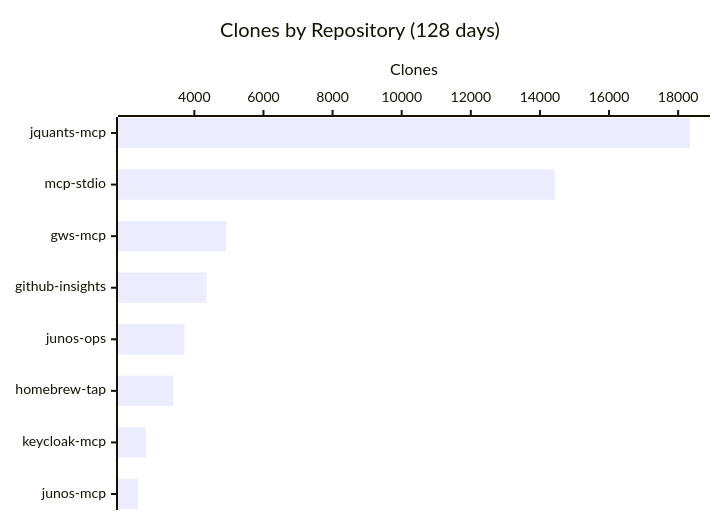
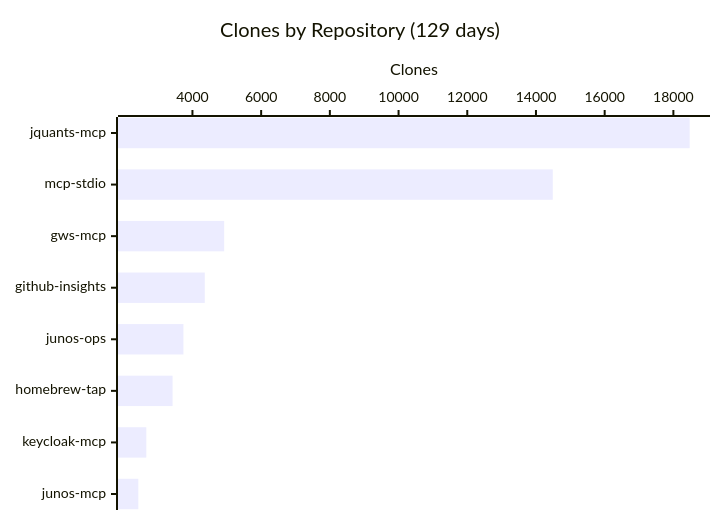
One commit to shigechika/github-insights changed the fourth of 4 diagrams in README.md. Above: the diagram before and after it, drawn with Mermaid. The commit also changed other lines of this file and 2 other files, not shown here.

````diff
--- a/README.md
+++ b/README.md
@@ -58,7 +58,7 @@
 ```mermaid
 xychart-beta horizontal
-    title "Clones by Repository (128 days)"
+    title "Clones by Repository (129 days)"
     x-axis ["jquants-mcp", "mcp-stdio", "gws-mcp", "github-insights", "junos-ops", "homebrew-tap", "keycloak-mcp", "junos-mcp"]
     y-axis "Clones"
-    bar [18334, 14429, 4921, 4352, 3715, 3392, 2598, 2378]
+    bar [18475, 14489, 4923, 4359, 3738, 3421, 2657, 2424]
 ```
````
